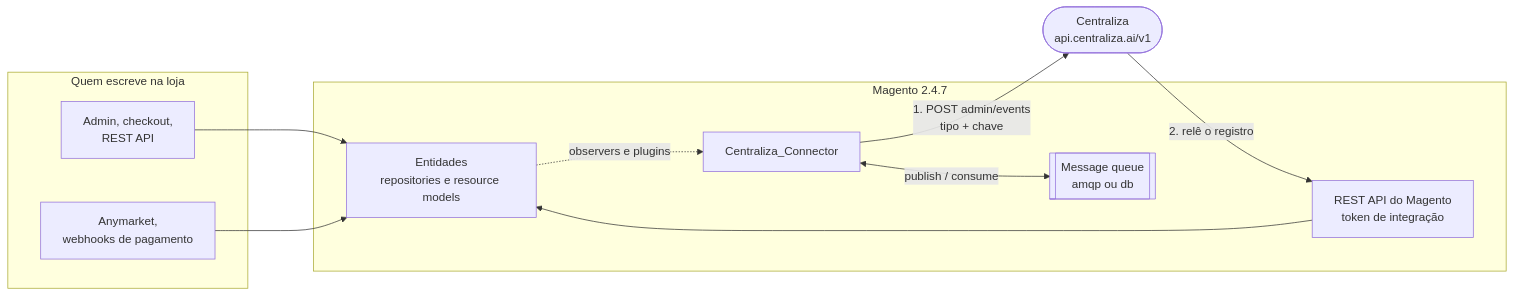
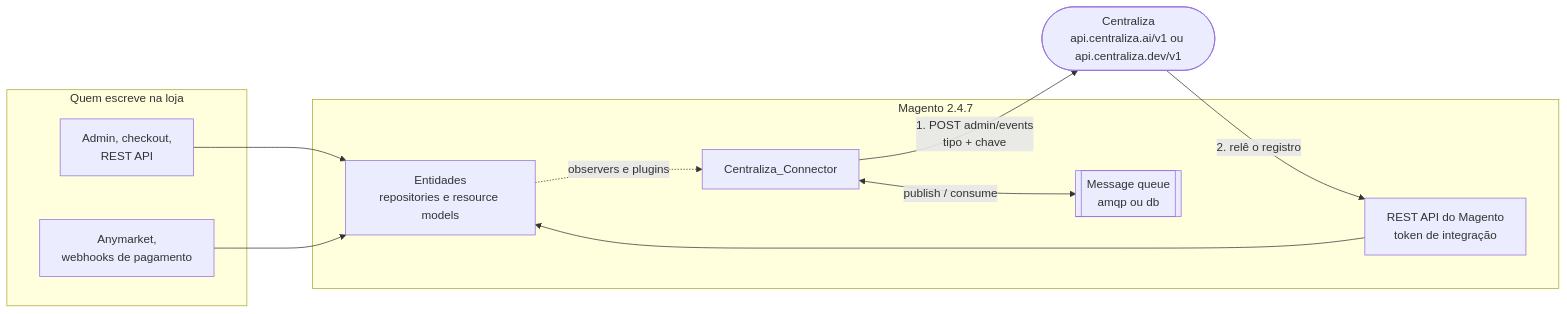
The first of 6 diagrams in docs/arquitetura.md (centraliza/module-connector), drawn with Mermaid before and after one commit. The commit also changed other lines of this file and 8 other files, not shown here.

````diff
--- a/docs/arquitetura.md
+++ b/docs/arquitetura.md
@@ -19,25 +19,25 @@
 ```mermaid
 %%{init: {"flowchart": {"nodeSpacing": 60, "rankSpacing": 90}}}%%
 flowchart LR
     subgraph writers["Quem escreve na loja"]
         ADM["Admin, checkout,<br/>REST API"]
         MKT["Anymarket,<br/>webhooks de pagamento"]
     end
 
     subgraph magento["Magento 2.4.7"]
         ENT["Entidades<br/>repositories e resource models"]
         CON["Centraliza_Connector"]
         Q[["Message queue<br/>amqp ou db"]]
         REST["REST API do Magento<br/>token de integração"]
     end
 
-    CEN(["Centraliza<br/>api.centraliza.ai/v1"])
+    CEN(["Centraliza<br/>api.centraliza.ai/v1 ou api.centraliza.dev/v1"])
 
     ADM --> ENT
     MKT --> ENT
     ENT -.->|"observers e plugins"| CON
     CON <-->|"publish / consume"| Q
     CON -->|"1. POST admin/events<br/>tipo + chave"| CEN
     CEN -->|"2. relê o registro"| REST
     REST --> ENT
 ```
````
